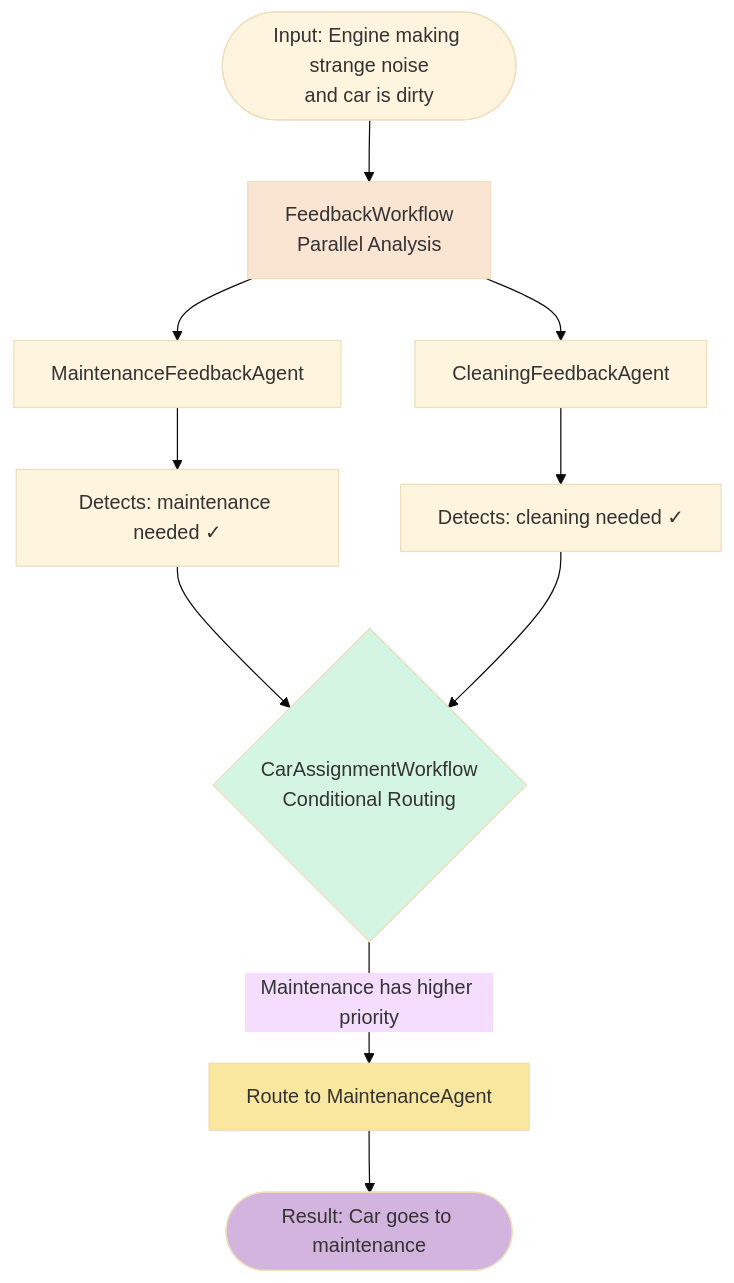
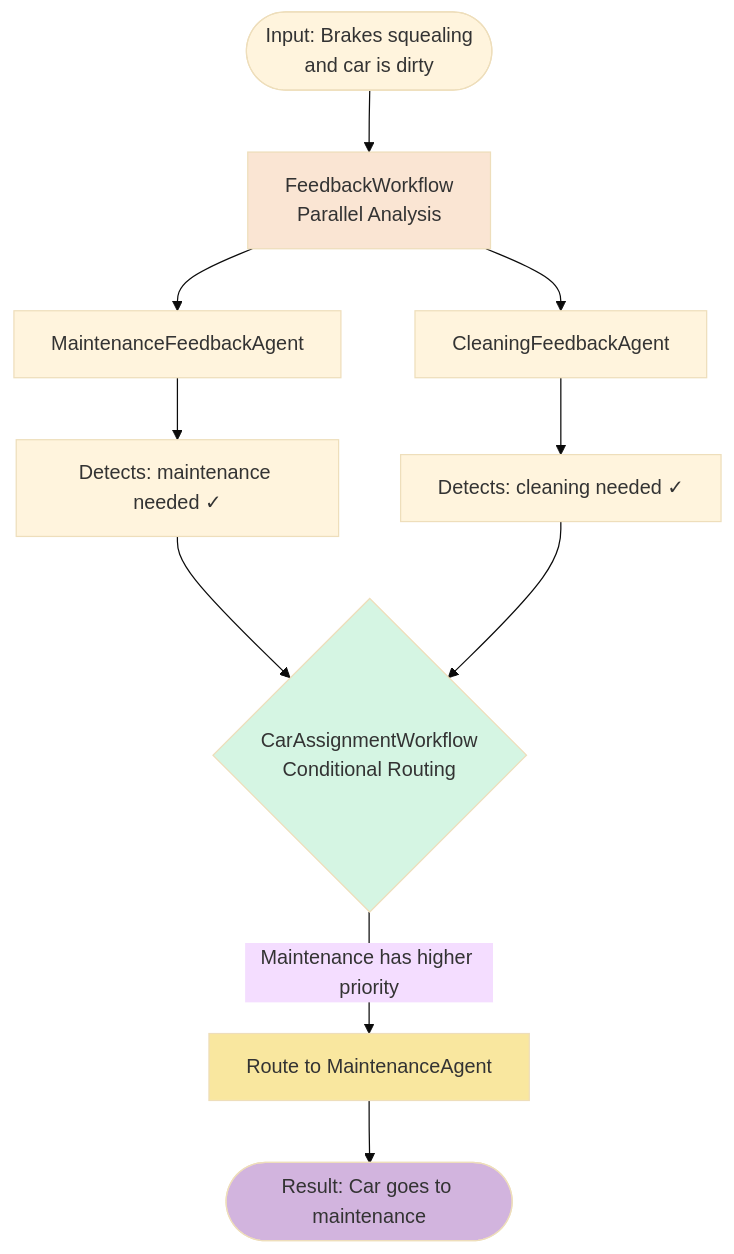
One commit to mbroz2/jcon-europe-2026 changed the fourth of 6 diagrams in docs/docs/step-03.md. Above: the diagram before and after it, drawn with Mermaid (base theme). The commit also changed other lines of this file and 7 other files, not shown here.

````diff
--- a/docs/docs/step-03.md
+++ b/docs/docs/step-03.md
@@ -238,23 +238,23 @@
 ```mermaid
 flowchart TD
-    Start([Input: Engine making strange noise<br/>and car is dirty])
+    Start([Input: Brakes squealing <br>and car is dirty])
     
     Start --> FW[FeedbackWorkflow<br/>Parallel Analysis]
     
     FW --> MFA[MaintenanceFeedbackAgent]
     FW --> CFA[CleaningFeedbackAgent]
     
     MFA --> MR[Detects: maintenance needed ✓]
     CFA --> CR[Detects: cleaning needed ✓]
     
     MR --> CAW{CarAssignmentWorkflow<br/>Conditional Routing}
     CR --> CAW
     
     CAW -->|Maintenance has higher priority| MA[Route to MaintenanceAgent]
     MA --> Result([Result: Car goes to maintenance])
     
     style FW fill:#FAE5D3
     style CAW fill:#D5F5E3
     style MA fill:#F9E79F
     style Result fill:#D2B4DE
 ```
````
